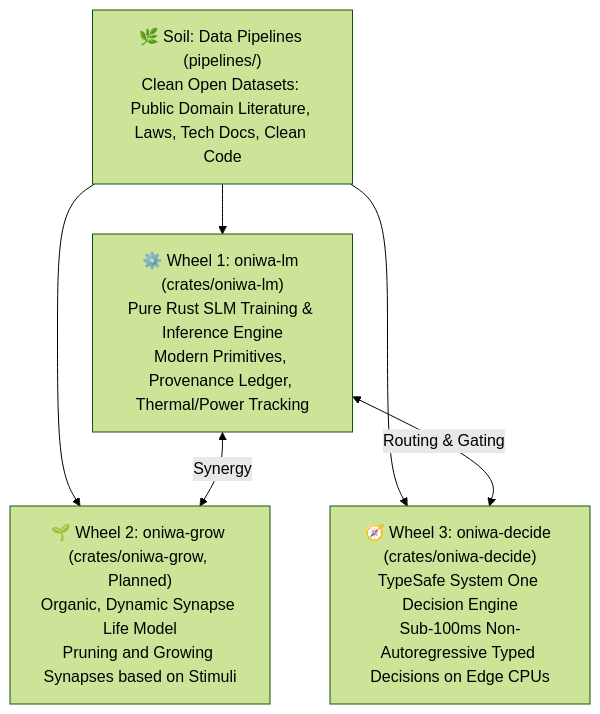
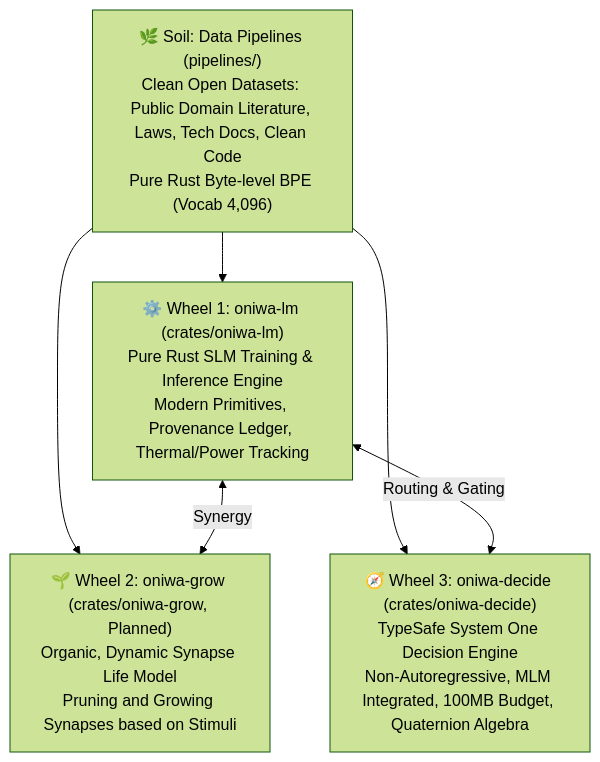
One commit to KazutoMakino/oniwa changed the diagram in README.md. Above: the diagram before and after it, drawn with Mermaid (forest theme). The commit also changed other lines of this file and 34 other files, not shown here.

Commit message:
docs: align documentation system with 10_system_integration_roadmap (#87) (#88)

````diff
--- a/README.md
+++ b/README.md
@@ -30,13 +33,13 @@
 ```mermaid
 flowchart TD
-    Soil["🌿 Soil: Data Pipelines (pipelines/)\nClean Open Datasets: Public Domain Literature, Laws, Tech Docs, Clean Code"]
+    Soil["🌿 Soil: Data Pipelines (pipelines/)\nClean Open Datasets: Public Domain Literature, Laws, Tech Docs, Clean Code\nPure Rust Byte-level BPE (Vocab 4,096)"]
     Wheel1["⚙️ Wheel 1: oniwa-lm (crates/oniwa-lm)\nPure Rust SLM Training & Inference Engine\nModern Primitives, Provenance Ledger, Thermal/Power Tracking"]
     Wheel2["🌱 Wheel 2: oniwa-grow (crates/oniwa-grow, Planned)\nOrganic, Dynamic Synapse Life Model\nPruning and Growing Synapses based on Stimuli"]
-    Wheel3["🧭 Wheel 3: oniwa-decide (crates/oniwa-decide)\nTypeSafe System One Decision Engine\nSub-100ms Non-Autoregressive Typed Decisions on Edge CPUs"]
+    Wheel3["🧭 Wheel 3: oniwa-decide (crates/oniwa-decide)\nTypeSafe System One Decision Engine\nNon-Autoregressive, MLM Integrated, 100MB Budget, Quaternion Algebra"]
 
     Soil --> Wheel1
     Soil --> Wheel2
     Soil --> Wheel3
     Wheel1 <-->|Synergy| Wheel2
     Wheel1 <-->|Routing & Gating| Wheel3
 ```
````
